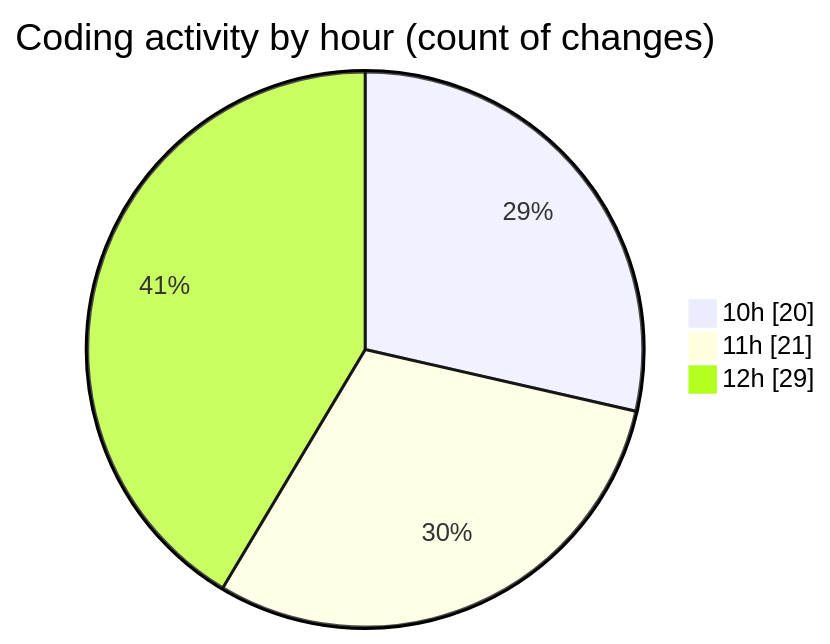
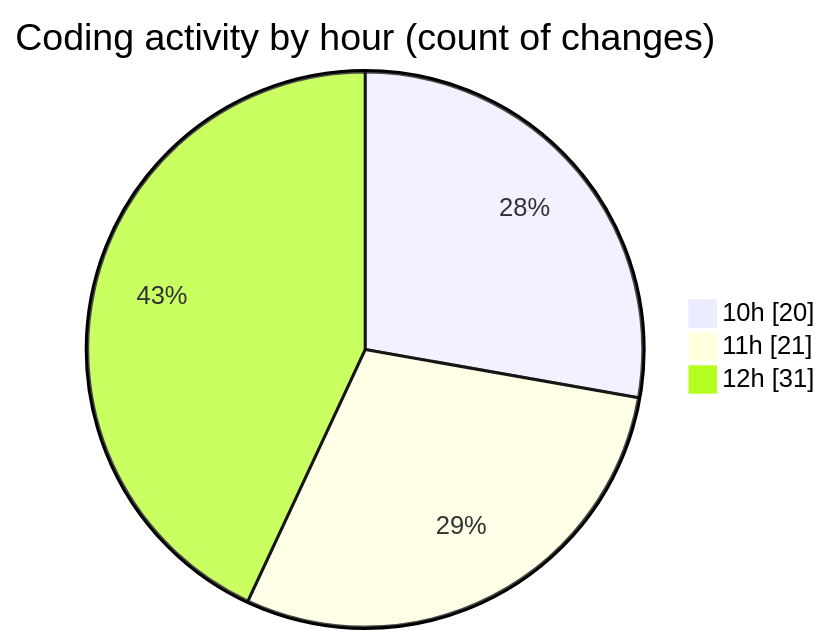
The second of 2 diagrams in 2025-05-20/cda/README.md (momahboobian/code-tracking), drawn with Mermaid before and after one commit. The commit also changed other lines of this file and 1 other file, not shown here.

````diff
--- a/2025-05-20/cda/README.md
+++ b/2025-05-20/cda/README.md
@@ -42,7 +42,7 @@
 ```mermaid
 pie showData
 title Coding activity by hour (count of changes)
 "10h" : 20
 "11h" : 21
-"12h" : 29
+"12h" : 31
 ```
````
